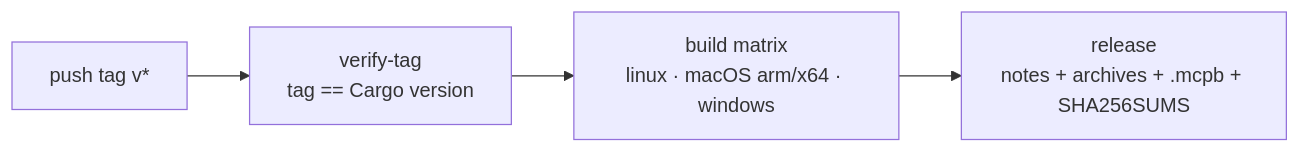
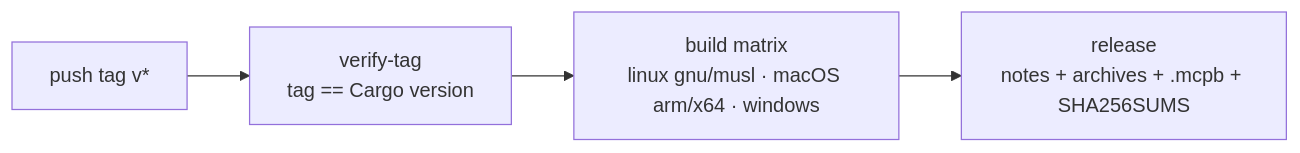
One commit to glyphtrail/glyphtrail changed the diagram in CONTRIBUTING.md. Above: the diagram before and after it, drawn with Mermaid. The commit also changed 3 other files, not shown here.

First line of the commit message:
Add a static musl Linux build to releases

````diff
--- a/CONTRIBUTING.md
+++ b/CONTRIBUTING.md
@@ -41,6 +41,6 @@
 ```mermaid
 flowchart LR
   tag["push tag v*"] --> verify["verify-tag<br/>tag == Cargo version"]
-  verify --> build["build matrix<br/>linux · macOS arm/x64 · windows"]
+  verify --> build["build matrix<br/>linux gnu/musl · macOS arm/x64 · windows"]
   build --> release["release<br/>notes + archives + .mcpb + SHA256SUMS"]
 ```
````
